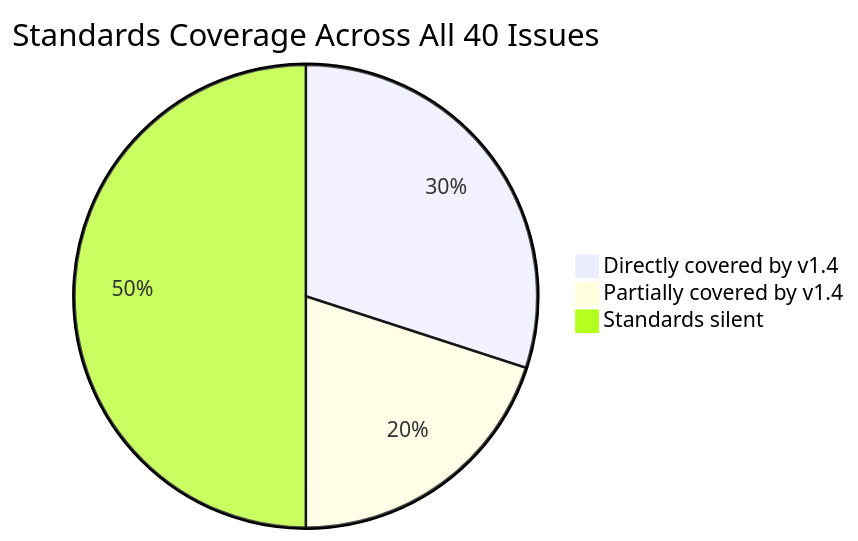
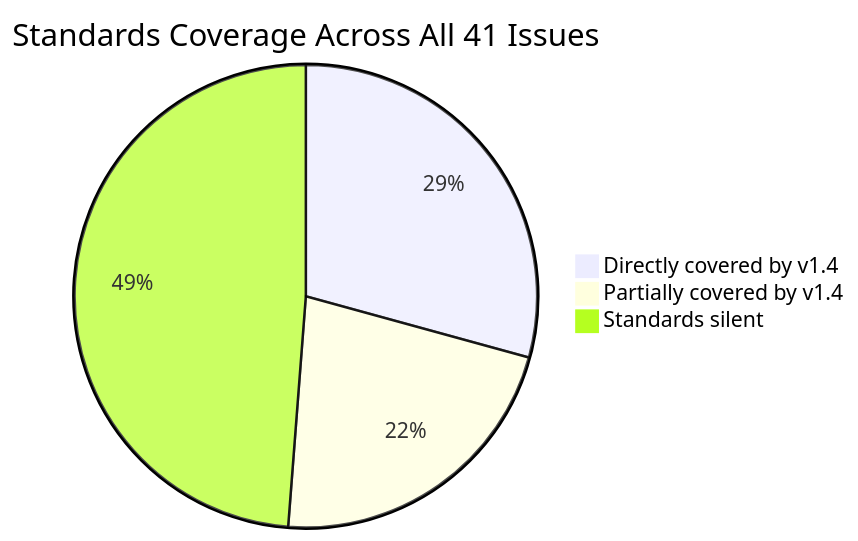
One commit to meshtastic/design changed the second of 4 diagrams in standards/audits/community-alignment-matrix.md. Above: the diagram before and after it, drawn with Mermaid. The commit also changed other lines of this file, not shown here.

Commit message:
update: add #99, close #87, close #37/#51, update pie charts to 41 issues

````diff
--- a/standards/audits/community-alignment-matrix.md
+++ b/standards/audits/community-alignment-matrix.md
@@ -40,6 +40,6 @@
 ```mermaid
-pie title Standards Coverage Across All 40 Issues
+pie title Standards Coverage Across All 41 Issues
     "Directly covered by v1.4" : 12
-    "Partially covered by v1.4" : 8
+    "Partially covered by v1.4" : 9
     "Standards silent" : 20
 ```
````
